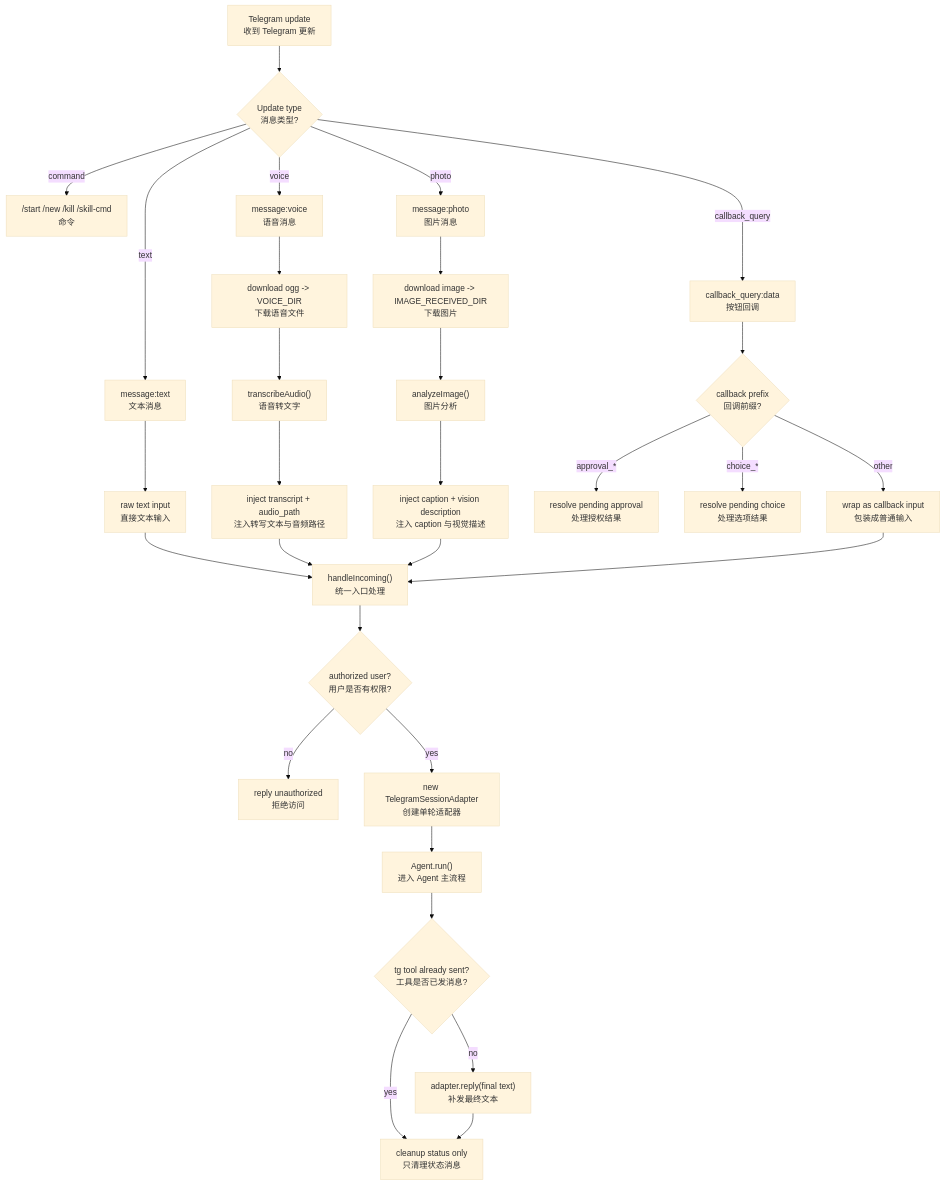
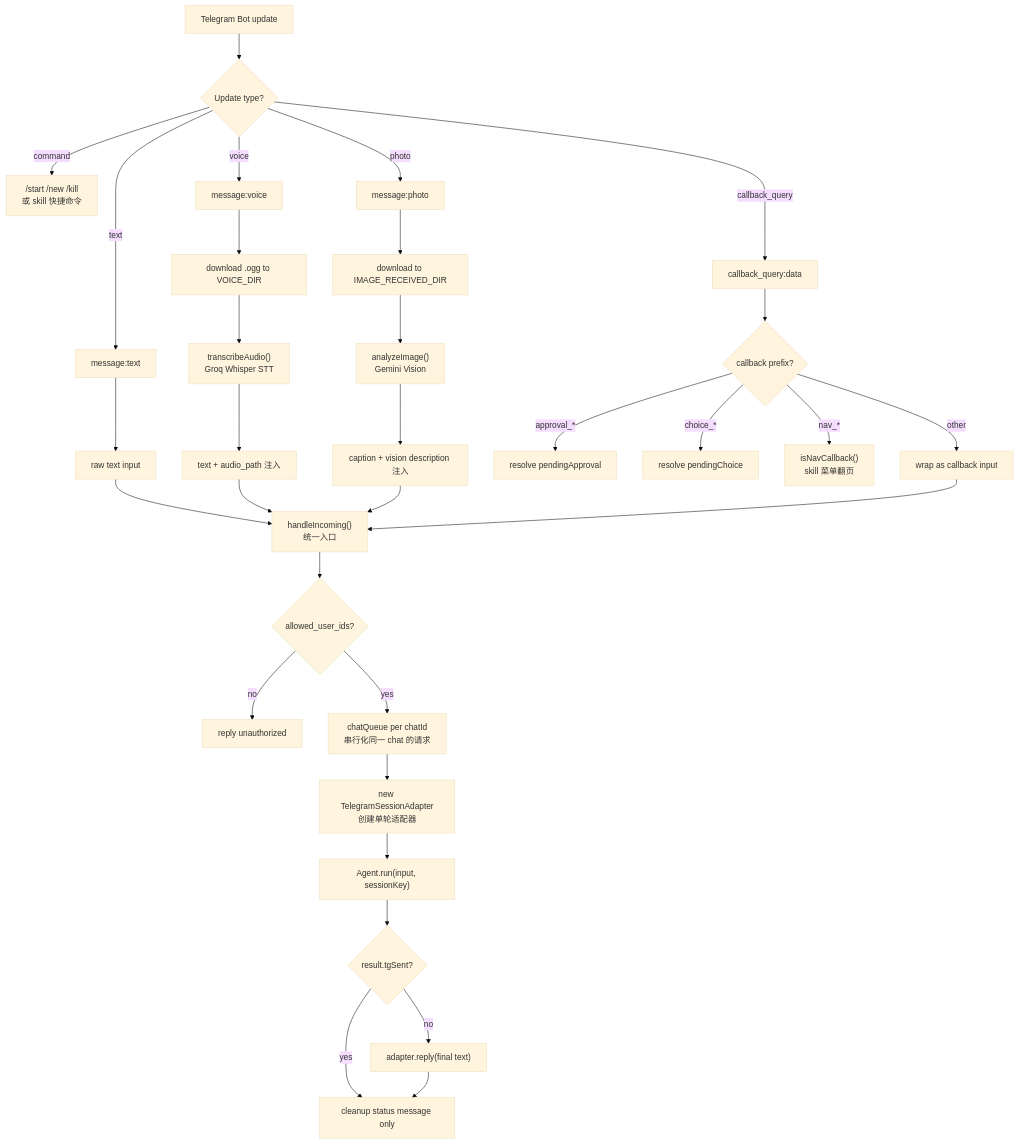
Before and after one commit to boltguo/anya: the seventh of 13 diagrams in docs/architecture-diagrams.md, drawn with Mermaid (base theme). The commit also changed other lines of this file and 21 other files, not shown here.

````diff
--- a/docs/architecture-diagrams.md
+++ b/docs/architecture-diagrams.md
@@ -251,39 +241,41 @@
 ```mermaid
 flowchart TD
-  UPDATE["Telegram update\n收到 Telegram 更新"] --> TYPE{"Update type\n消息类型?"}
+  UPDATE["Telegram Bot update"] --> TYPE{"Update type?"}
 
-  TYPE -->|command| CMD["/start /new /kill /skill-cmd\n命令"]
-  TYPE -->|text| TEXT["message:text\n文本消息"]
-  TYPE -->|voice| VOICE["message:voice\n语音消息"]
-  TYPE -->|photo| PHOTO["message:photo\n图片消息"]
-  TYPE -->|callback_query| CALLBACK["callback_query:data\n按钮回调"]
+  TYPE -->|command| CMD["/start /new /kill\n或 skill 快捷命令"]
+  TYPE -->|text| TEXT["message:text"]
+  TYPE -->|voice| VOICE["message:voice"]
+  TYPE -->|photo| PHOTO["message:photo"]
+  TYPE -->|callback_query| CALLBACK["callback_query:data"]
 
-  TEXT --> INPUT["raw text input\n直接文本输入"]
+  TEXT --> INPUT["raw text input"]
 
-  VOICE --> DOWNLOADV["download ogg -> VOICE_DIR\n下载语音文件"]
-  DOWNLOADV --> STT["transcribeAudio()\n语音转文字"]
-  STT --> VINPUT["inject transcript + audio_path\n注入转写文本与音频路径"]
+  VOICE --> DLV["download .ogg to VOICE_DIR"]
+  DLV --> STT["transcribeAudio()\nGroq Whisper STT"]
+  STT --> VINPUT["text + audio_path 注入"]
 
-  PHOTO --> DOWNLOADP["download image -> IMAGE_RECEIVED_DIR\n下载图片"]
-  DOWNLOADP --> VISION["analyzeImage()\n图片分析"]
-  VISION --> PINPUT["inject caption + vision description\n注入 caption 与视觉描述"]
+  PHOTO --> DLP["download to IMAGE_RECEIVED_DIR"]
+  DLP --> VISION["analyzeImage()\nGemini Vision"]
+  VISION --> PINPUT["caption + vision description 注入"]
 
-  CALLBACK --> CBTYPE{"callback prefix\n回调前缀?"}
-  CBTYPE -->|approval_*| APPROVAL["resolve pending approval\n处理授权结果"]
-  CBTYPE -->|choice_*| CHOICE["resolve pending choice\n处理选项结果"]
-  CBTYPE -->|other| CINPUT["wrap as callback input\n包装成普通输入"]
+  CALLBACK --> CBTYPE{"callback prefix?"}
+  CBTYPE -->|"approval_*"| APPROVAL["resolve pendingApproval"]
+  CBTYPE -->|"choice_*"| CHOICE["resolve pendingChoice"]
+  CBTYPE -->|"nav_*"| NAV["isNavCallback()\nskill 菜单翻页"]
+  CBTYPE -->|other| CINPUT["wrap as callback input"]
 
-  INPUT --> HANDLE["handleIncoming()\n统一入口处理"]
+  INPUT --> HANDLE["handleIncoming()\n统一入口"]
   VINPUT --> HANDLE
   PINPUT --> HANDLE
   CINPUT --> HANDLE
 
-  HANDLE --> AUTH{"authorized user?\n用户是否有权限?"}
-  AUTH -->|no| REJECT["reply unauthorized\n拒绝访问"]
-  AUTH -->|yes| SESSION["new TelegramSessionAdapter\n创建单轮适配器"]
-  SESSION --> AGENT["Agent.run()\n进入 Agent 主流程"]
-  AGENT --> TGSENT{"tg tool already sent?\n工具是否已发消息?"}
-  TGSENT -->|yes| CLEAN["cleanup status only\n只清理状态消息"]
-  TGSENT -->|no| REPLY["adapter.reply(final text)\n补发最终文本"]
+  HANDLE --> AUTH{"allowed_user_ids?"}
+  AUTH -->|no| REJECT["reply unauthorized"]
+  AUTH -->|yes| QUEUE["chatQueue per chatId\n串行化同一 chat 的请求"]
+  QUEUE --> SESSION["new TelegramSessionAdapter\n创建单轮适配器"]
+  SESSION --> AGENT["Agent.run(input, sessionKey)"]
+  AGENT --> TGSENT{"result.tgSent?"}
+  TGSENT -->|yes| CLEAN["cleanup status message only"]
+  TGSENT -->|no| REPLY["adapter.reply(final text)"]
   REPLY --> CLEAN
 ```
````
